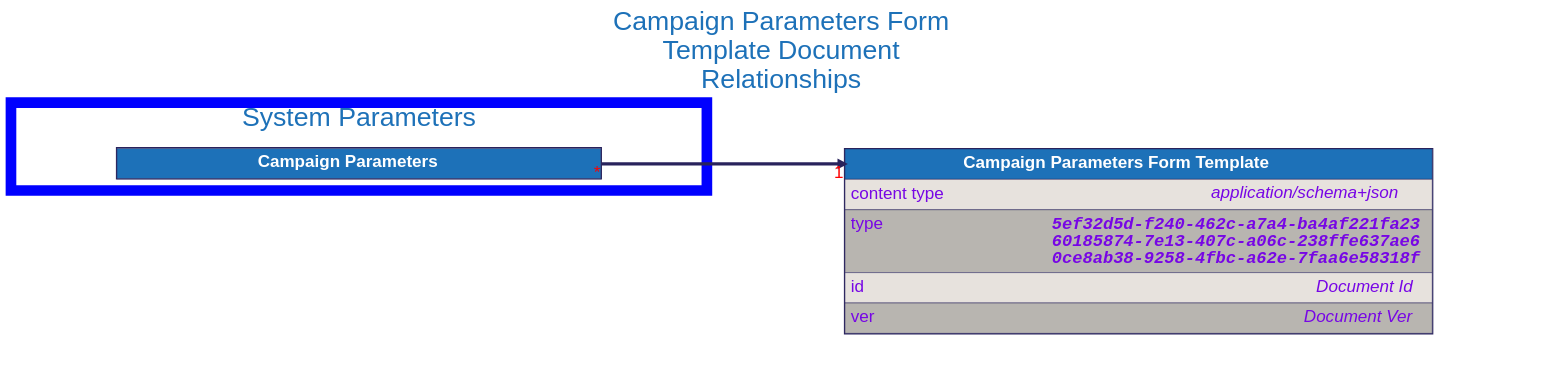
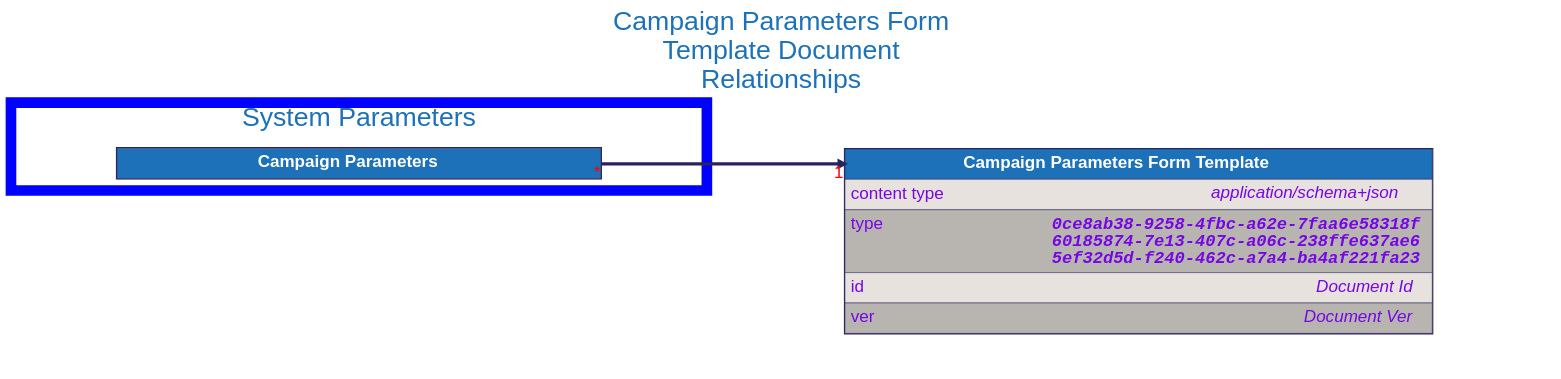
One commit to input-output-hk/catalyst-libs changed the diagram in docs/src/architecture/08_concepts/signed_doc/diagrams/campaign_parameters_form_template.dot. Above: the diagram before and after it, drawn with Graphviz. The commit also changed 44 other files, not shown here.

```diff
--- a/docs/src/architecture/08_concepts/signed_doc/diagrams/campaign_parameters_form_template.dot
+++ b/docs/src/architecture/08_concepts/signed_doc/diagrams/campaign_parameters_form_template.dot
@@ -1,94 +1,94 @@
 digraph "Campaign Parameters Form Template" {
     rankdir="LR"
     graph [fontname="helvetica", fontsize="32", fontcolor="#29235c", bgcolor="white"];
     node [penwidth="0", margin="0", fontname="helvetica", fontsize="32", fontcolor="#29235c"];
     edge [fontname="helvetica", fontsize="32", fontcolor="red", color="#29235c"];
 
     labelloc="t"
     label="Campaign Parameters Form
 Template Document
 Relationships"
     fontcolor="#1d71b8"
     fontsize=50
     compound=true
 
 
 
     "Campaign Parameters Form Template" [
         id="Campaign Parameters Form Template";
         label=<
             <TABLE BORDER="2" COLOR="#29235c" CELLBORDER="1" CELLSPACING="0" CELLPADDING="10">
             <TR>
                 <TD PORT="title" BGCOLOR="#1d71b8" HREF="../campaign_parameters_form_template/">
                     <FONT COLOR="#ffffff"><B> Campaign Parameters Form Template </B></FONT>
                 </TD>
             </TR>
             <TR>
                 <TD ALIGN="LEFT" PORT="content type" BGCOLOR="#e7e2dd">
                     <TABLE CELLPADDING="0" CELLSPACING="0" BORDER="0">
                         <TR>
                             <TD ALIGN="LEFT" VALIGN="TOP" WIDTH="200"><FONT COLOR="#7706E5">content type</FONT></TD>
                             <TD ALIGN="RIGHT"><FONT COLOR="#7706E5"><I>application/schema+json</I></FONT></TD>
                         </TR>
                     </TABLE>
                 </TD>
             </TR>
             <TR>
                 <TD ALIGN="LEFT" PORT="type" BGCOLOR="#b8b5b0">
                     <TABLE CELLPADDING="0" CELLSPACING="0" BORDER="0">
                         <TR>
                             <TD ALIGN="LEFT" VALIGN="TOP" WIDTH="200"><FONT COLOR="#7706E5">type</FONT></TD>
-                            <TD ALIGN="RIGHT"><FONT FACE="Courier" COLOR="#7706E5"><B><I>5ef32d5d-f240-462c-a7a4-ba4af221fa23<BR />60185874-7e13-407c-a06c-238ffe637ae6<BR />0ce8ab38-9258-4fbc-a62e-7faa6e58318f</I></B></FONT></TD>
+                            <TD ALIGN="RIGHT"><FONT FACE="Courier" COLOR="#7706E5"><B><I>0ce8ab38-9258-4fbc-a62e-7faa6e58318f<BR />60185874-7e13-407c-a06c-238ffe637ae6<BR />5ef32d5d-f240-462c-a7a4-ba4af221fa23</I></B></FONT></TD>
                         </TR>
                     </TABLE>
                 </TD>
             </TR>
             <TR>
                 <TD ALIGN="LEFT" PORT="id" BGCOLOR="#e7e2dd">
                     <TABLE CELLPADDING="0" CELLSPACING="0" BORDER="0">
                         <TR>
                             <TD ALIGN="LEFT" VALIGN="TOP" WIDTH="200"><FONT COLOR="#7706E5">id</FONT></TD>
                             <TD ALIGN="RIGHT"><FONT COLOR="#7706E5"><I>Document Id</I></FONT></TD>
                         </TR>
                     </TABLE>
                 </TD>
             </TR>
             <TR>
                 <TD ALIGN="LEFT" PORT="ver" BGCOLOR="#b8b5b0">
                     <TABLE CELLPADDING="0" CELLSPACING="0" BORDER="0">
                         <TR>
                             <TD ALIGN="LEFT" VALIGN="TOP" WIDTH="200"><FONT COLOR="#7706E5">ver</FONT></TD>
                             <TD ALIGN="RIGHT"><FONT COLOR="#7706E5"><I>Document Ver</I></FONT></TD>
                         </TR>
                     </TABLE>
                 </TD>
             </TR>
 
             </TABLE>
         >
     ];
 
 
     subgraph cluster_system_parameters {
         label = "System Parameters";
         color=blue
         penwidth=20
 
         "Campaign Parameters" [
             id="Campaign Parameters";
             label=<
                 <TABLE BORDER="2" COLOR="#29235c" CELLBORDER="1" CELLSPACING="0" CELLPADDING="10">
                 <TR>
                     <TD PORT="title" BGCOLOR="#1d71b8" HREF="../campaign_parameters/">
                         <FONT COLOR="#ffffff"><B> Campaign Parameters </B></FONT>
                     </TD>
                 </TR>
 
                 </TABLE>
             >
         ];
 
     }
 
     "Campaign Parameters":"title":e -> "Campaign Parameters Form Template":"title":w [dir=forward, penwidth=6, color="#29235c", headlabel="1", taillabel="*"]
 }
```
